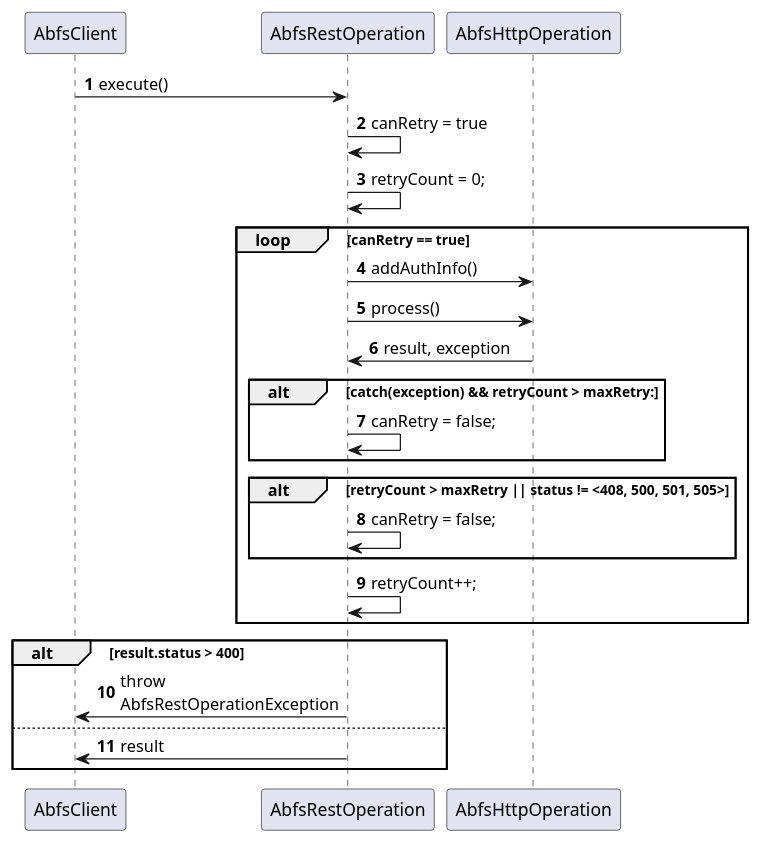
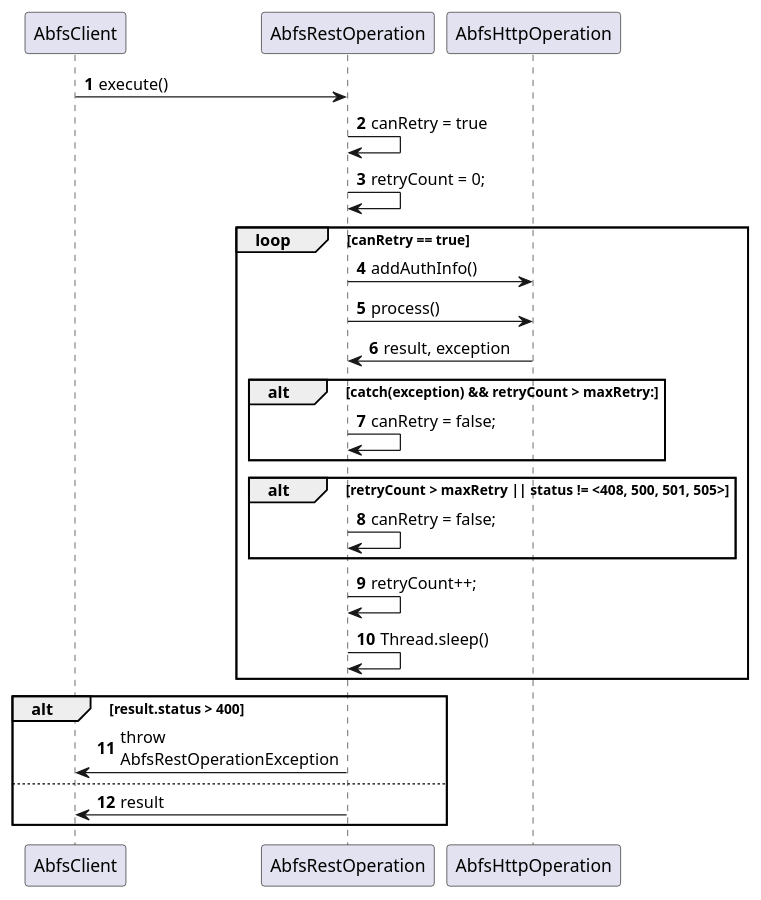
One commit to pranavsaxena-microsoft/hadoop changed the diagram in hadoop-tools/hadoop-azure/src/main/resources/diagrams/CurrentDesign.puml. Above: the diagram before and after it, drawn with PlantUML. The commit also changed 3 other files, not shown here.

Commit message:
proposed diagrams

```diff
--- a/hadoop-tools/hadoop-azure/src/main/resources/diagrams/CurrentDesign.puml
+++ b/hadoop-tools/hadoop-azure/src/main/resources/diagrams/CurrentDesign.puml
@@ -1,27 +1,28 @@
 @startuml
 'https://plantuml.com/sequence-diagram
 
 autonumber
 
 AbfsClient -> AbfsRestOperation: execute()
 AbfsRestOperation -> AbfsRestOperation: canRetry = true
 AbfsRestOperation -> AbfsRestOperation: retryCount = 0;
 loop canRetry == true
   AbfsRestOperation -> AbfsHttpOperation: addAuthInfo()
   AbfsRestOperation -> AbfsHttpOperation: process()
   AbfsHttpOperation -> AbfsRestOperation: result, exception
   alt catch(exception) && retryCount > maxRetry:
       AbfsRestOperation -> AbfsRestOperation: canRetry = false;
   end
   alt retryCount > maxRetry || status != <408, 500, 501, 505>
     AbfsRestOperation -> AbfsRestOperation: canRetry = false;
   end
   AbfsRestOperation -> AbfsRestOperation: retryCount++;
+  AbfsRestOperation -> AbfsRestOperation: Thread.sleep()
 end
 alt result.status > 400
   AbfsRestOperation -> AbfsClient: throw\nAbfsRestOperationException
 else
   AbfsRestOperation -> AbfsClient: result
 end
 
 @enduml
```
